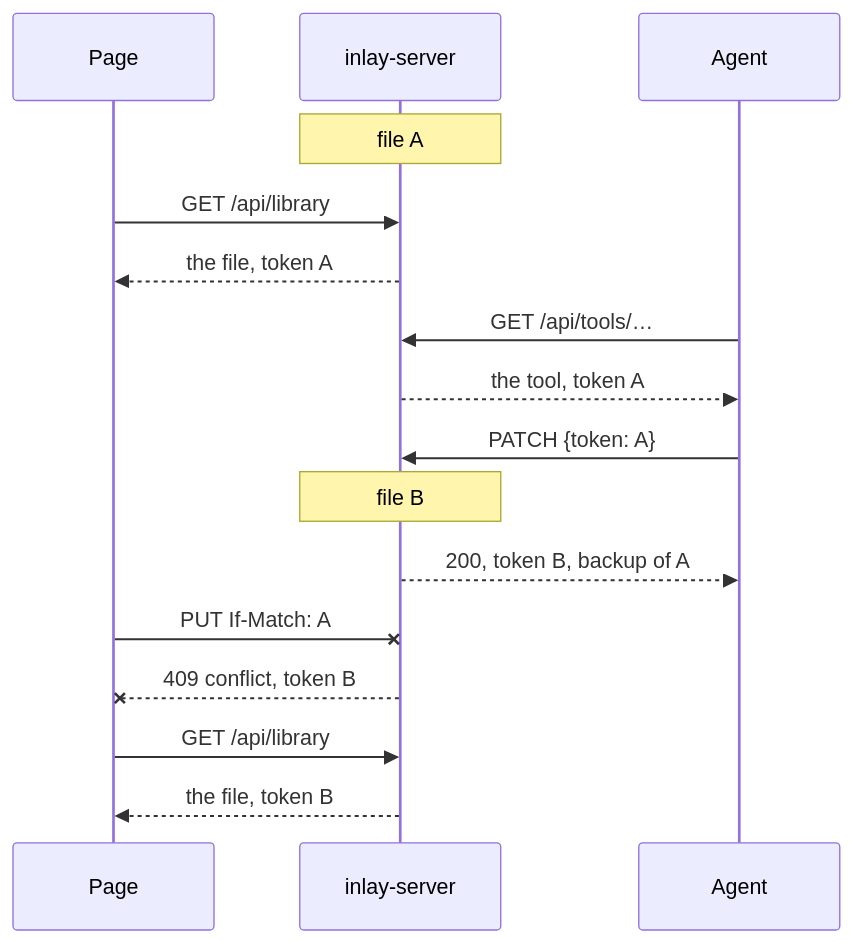
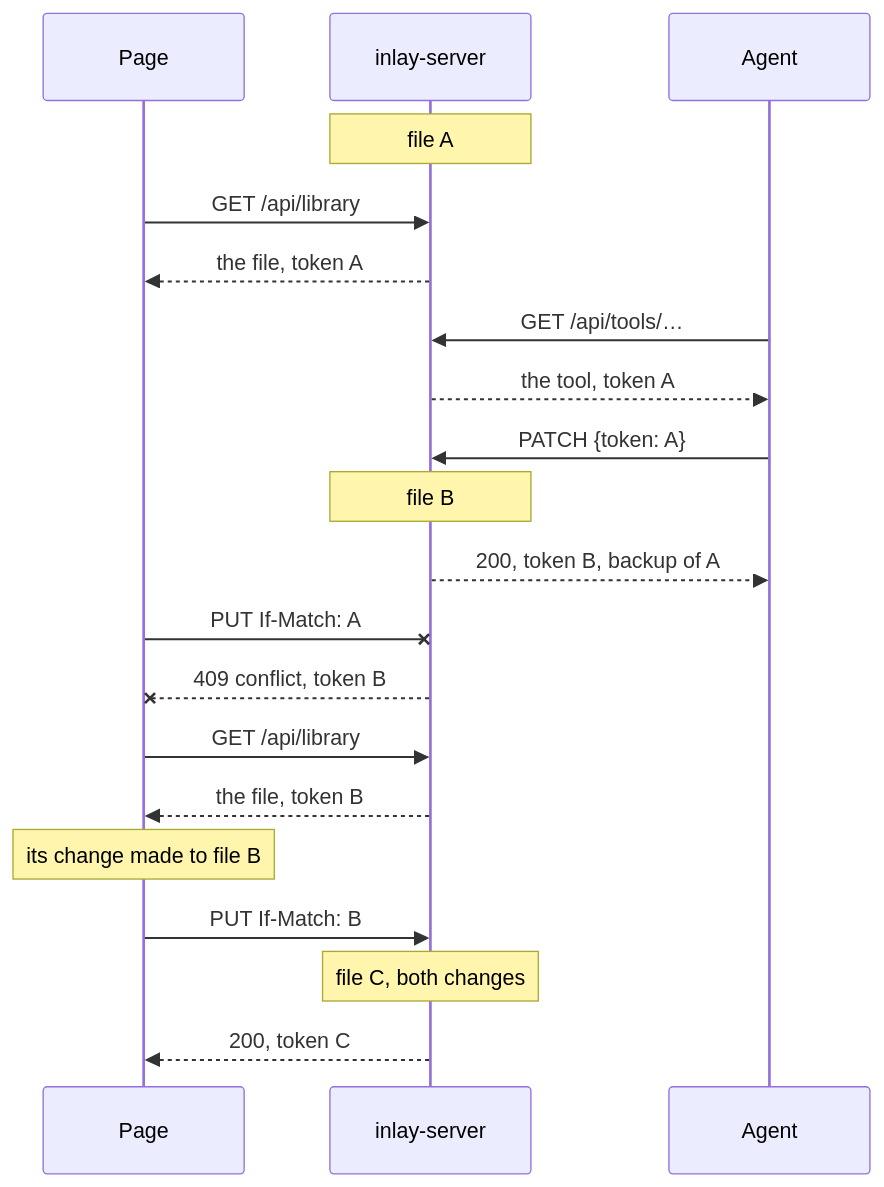
Before and after one commit to grappeq/inlay-cam: the second of 2 diagrams in docs/server.md, drawn with Mermaid. The commit also changed other lines of this file and 14 other files, not shown here.

````diff
--- a/docs/server.md
+++ b/docs/server.md
@@ -71,18 +71,22 @@
 ```mermaid
 sequenceDiagram
   participant P as Page
   participant S as inlay-server
   participant A as Agent
   Note over S: file A
   P->>S: GET /api/library
   S-->>P: the file, token A
   A->>S: GET /api/tools/…
   S-->>A: the tool, token A
   A->>S: PATCH {token: A}
   Note over S: file B
   S-->>A: 200, token B, backup of A
   P-xS: PUT If-Match: A
   S--xP: 409 conflict, token B
   P->>S: GET /api/library
   S-->>P: the file, token B
+  Note over P: its change made to file B
+  P->>S: PUT If-Match: B
+  Note over S: file C, both changes
+  S-->>P: 200, token C
 ```
````
